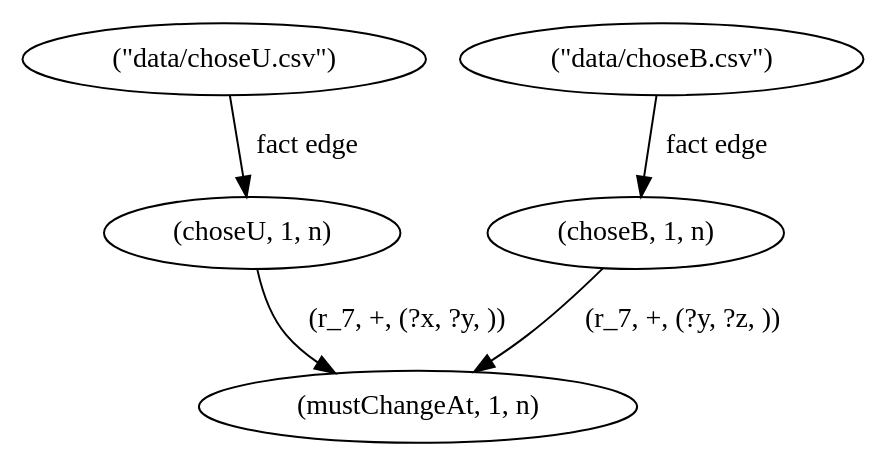
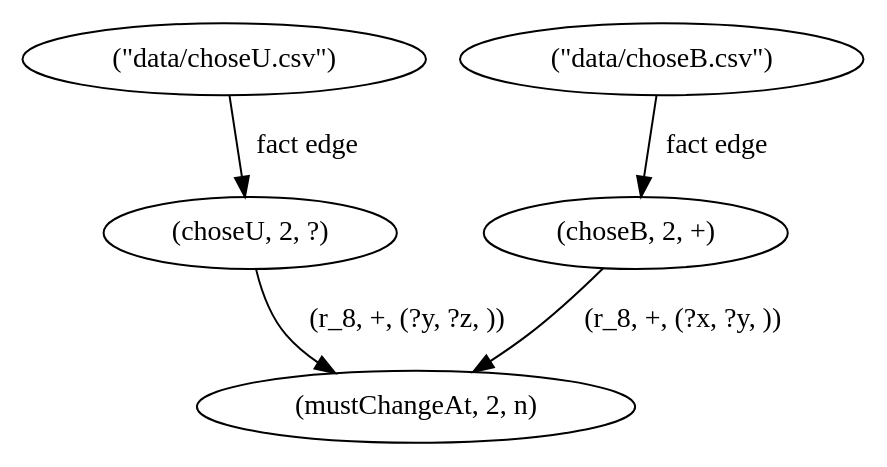
The diagram in mtf_EXP_20781/debug/12adg_restricted_to_mustChangeAt.dot (Leo-Aus-Berlin/nemo-metamorphic-testing), drawn with Graphviz before and after one commit. The commit also changed 87 other files, not shown here.

```diff
--- a/mtf_EXP_20781/debug/12adg_restricted_to_mustChangeAt.dot
+++ b/mtf_EXP_20781/debug/12adg_restricted_to_mustChangeAt.dot
@@ -1,11 +1,11 @@
 digraph {
-    2 [ label = "(choseB, 1, n)" ]
-    3 [ label = "(choseU, 1, n)" ]
-    5 [ label = "(mustChangeAt, 1, n)" ]
+    2 [ label = "(choseB, 2, +)" ]
+    3 [ label = "(choseU, 2, ?)" ]
+    5 [ label = "(mustChangeAt, 2, n)" ]
     11 [ label = "(\"data/choseU.csv\")" ]
     12 [ label = "(\"data/choseB.csv\")" ]
     11 -> 3 [ label = "fact edge" ]
     12 -> 2 [ label = "fact edge" ]
-    3 -> 5 [ label = "(r_7, +, (?x, ?y, ))" ]
-    2 -> 5 [ label = "(r_7, +, (?y, ?z, ))" ]
+    2 -> 5 [ label = "(r_8, +, (?x, ?y, ))" ]
+    3 -> 5 [ label = "(r_8, +, (?y, ?z, ))" ]
 }
```
